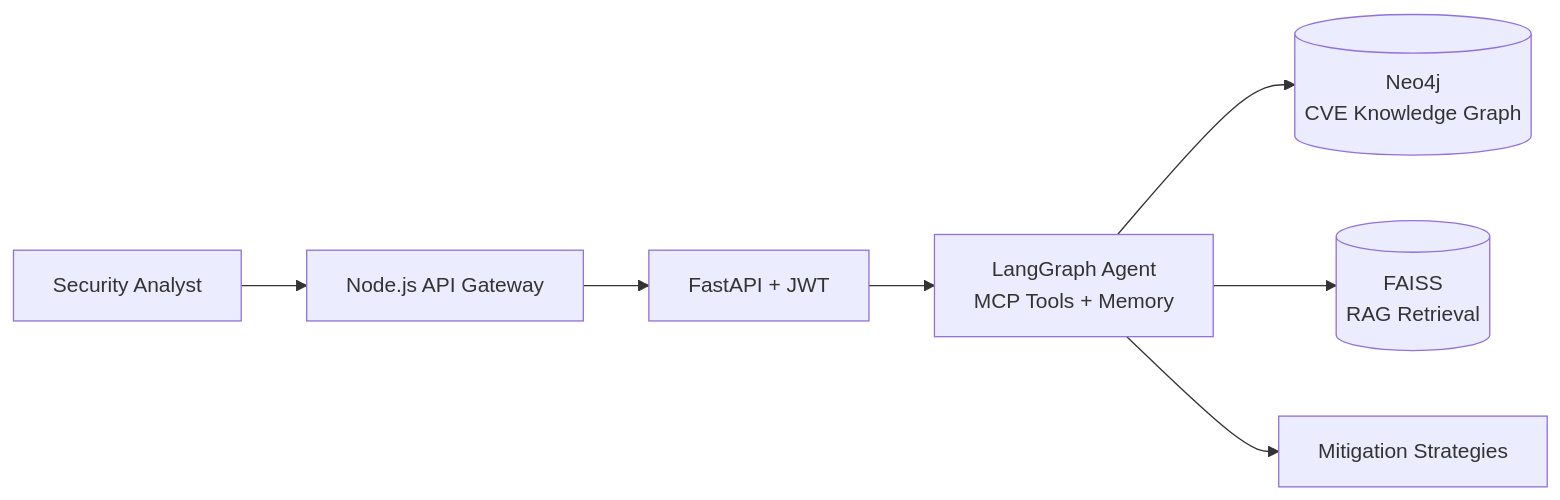
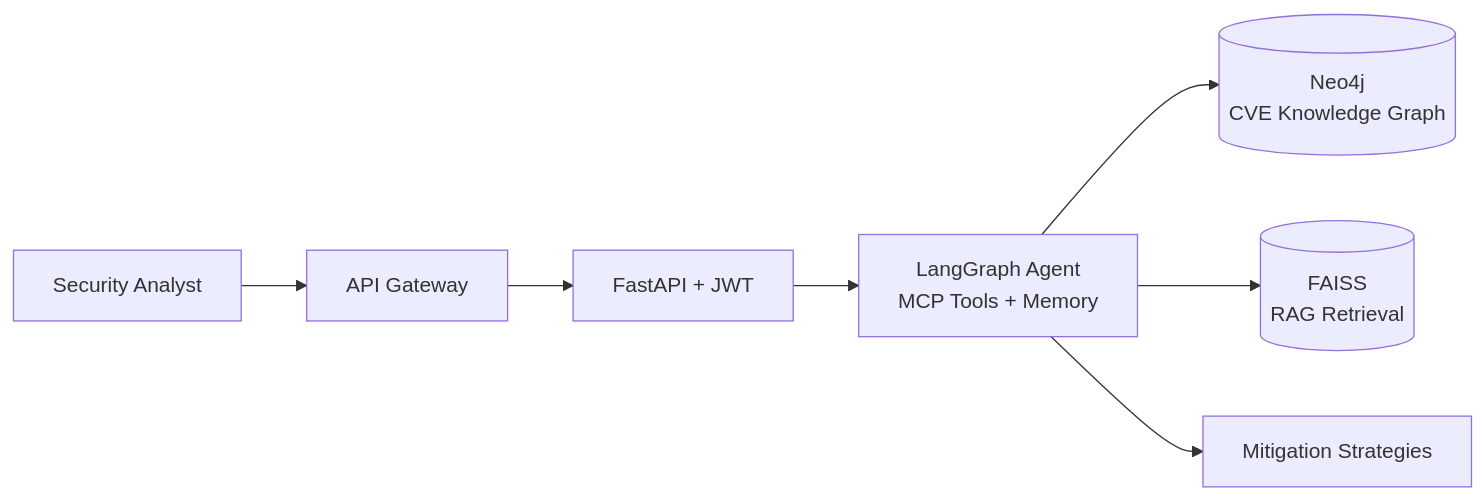
Before and after one commit to VIKASHL25/VIKASHL25: the second of 3 diagrams in README.md, drawn with Mermaid. The commit also changed other lines of this file, not shown here.

````diff
--- a/README.md
+++ b/README.md
@@ -114,9 +128,9 @@
 ```mermaid
 flowchart LR
-    U[Security Analyst] --> G[Node.js API Gateway]
+    U[Security Analyst] --> G[API Gateway]
     G --> A[FastAPI + JWT]
     A --> AG[LangGraph Agent<br/>MCP Tools + Memory]
     AG --> N[(Neo4j<br/>CVE Knowledge Graph)]
     AG --> R[(FAISS<br/>RAG Retrieval)]
     AG --> M[Mitigation Strategies]
 ```
````
